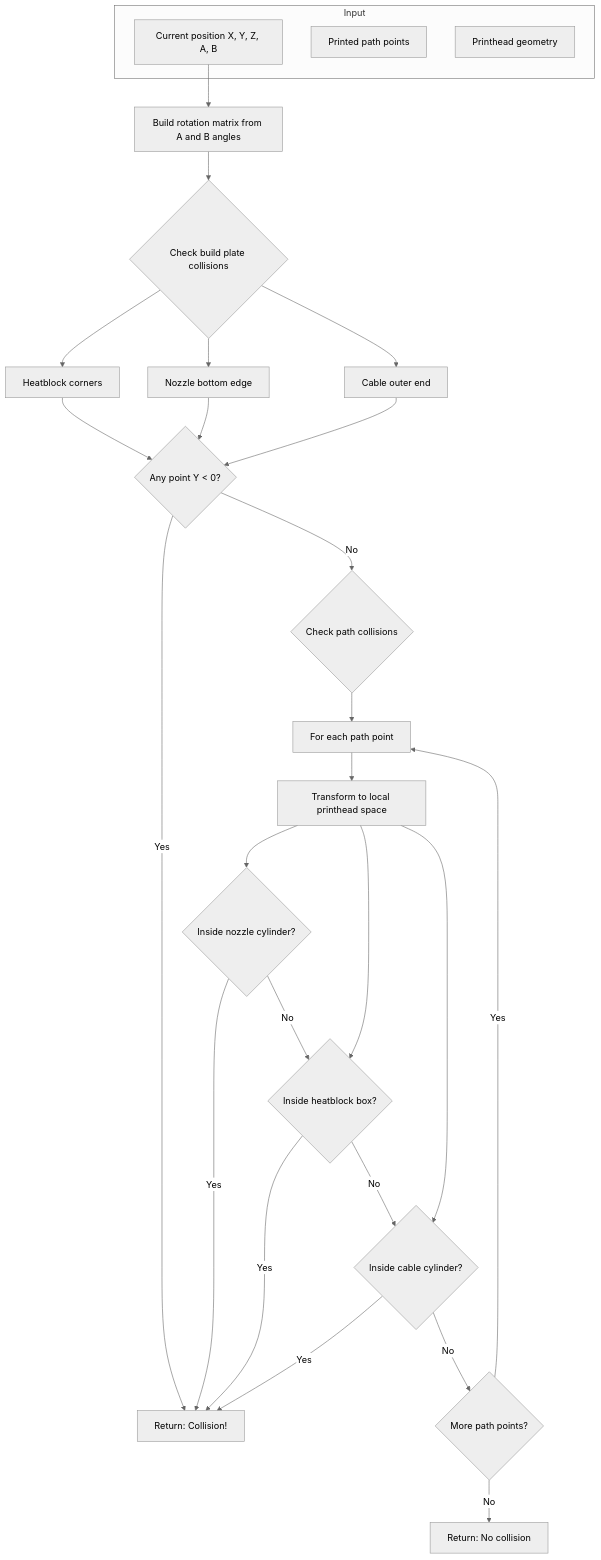
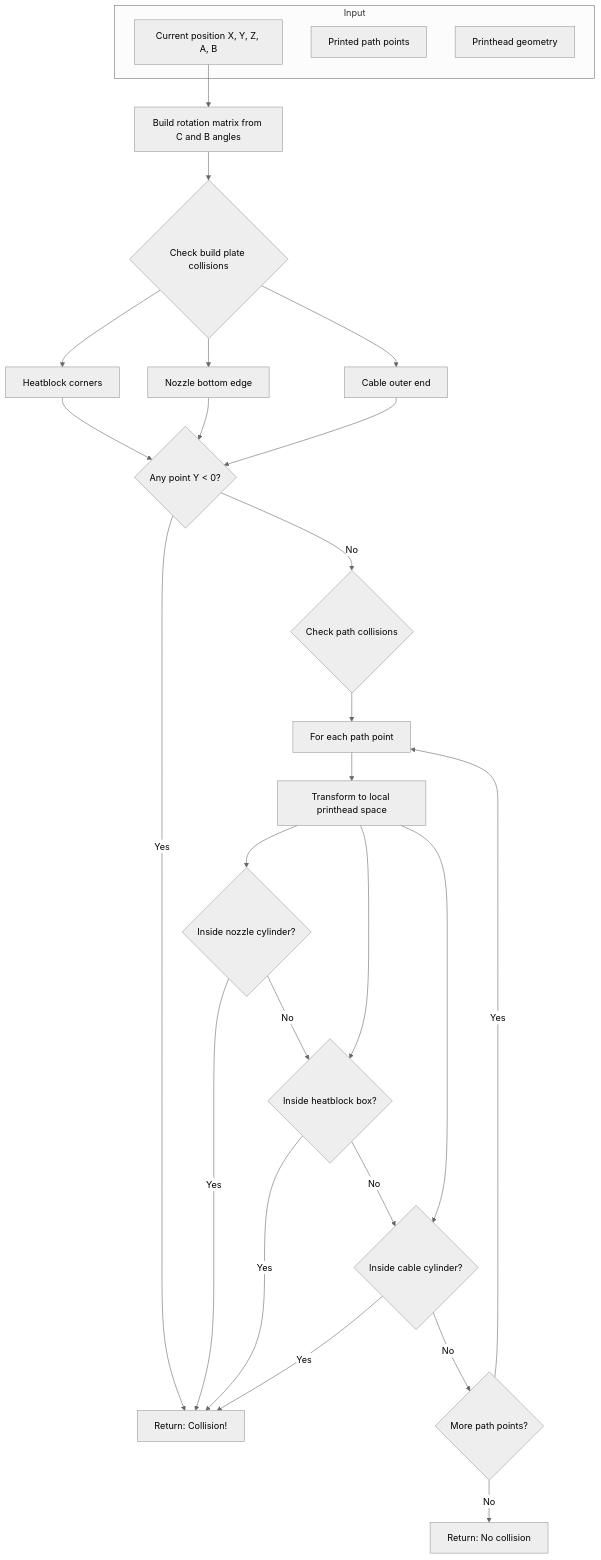
One commit to dennisklappe/Rep5x changed the second of 4 diagrams in tools/gcode-viewer/docs/collision-detection.md. Above: the diagram before and after it, drawn with Mermaid (neutral theme). The commit also changed 64 other files, not shown here.

````diff
--- a/tools/gcode-viewer/docs/collision-detection.md
+++ b/tools/gcode-viewer/docs/collision-detection.md
@@ -38,38 +38,38 @@
 ```mermaid
 flowchart TD
     subgraph Input
         A[Current position X, Y, Z, A, B]
         B[Printed path points]
         C[Printhead geometry]
     end
 
-    A --> D[Build rotation matrix from A and B angles]
+    A --> D[Build rotation matrix from C and B angles]
 
     D --> E{Check build plate collisions}
     E --> F[Heatblock corners]
     E --> G[Nozzle bottom edge]
     E --> H[Cable outer end]
 
     F --> I{Any point Y < 0?}
     G --> I
     H --> I
 
     I -->|Yes| J[Return: Collision!]
     I -->|No| K{Check path collisions}
 
     K --> L[For each path point]
     L --> M[Transform to local printhead space]
     M --> N{Inside nozzle cylinder?}
     M --> O{Inside heatblock box?}
     M --> P{Inside cable cylinder?}
 
     N -->|Yes| J
     O -->|Yes| J
     P -->|Yes| J
 
     N -->|No| O
     O -->|No| P
     P -->|No| Q{More path points?}
     Q -->|Yes| L
     Q -->|No| R[Return: No collision]
 ```
````
